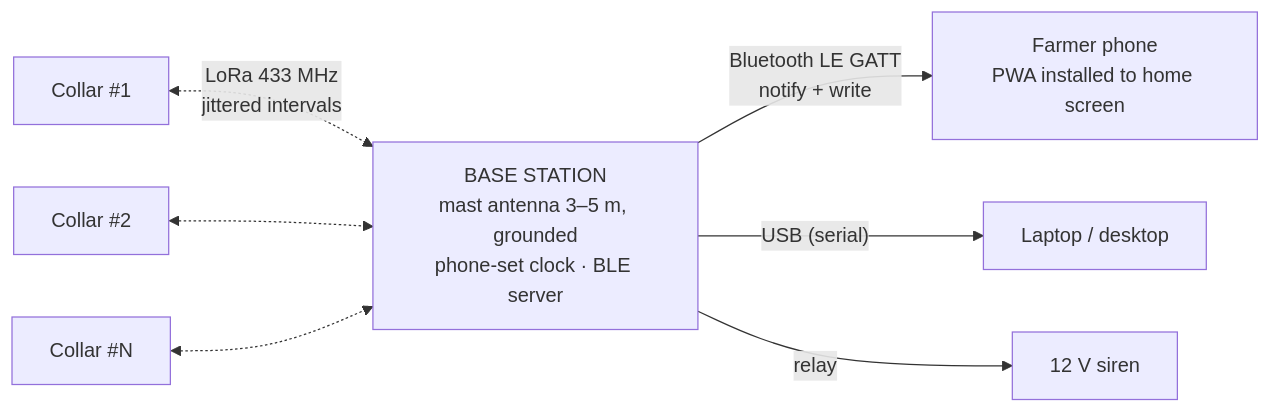
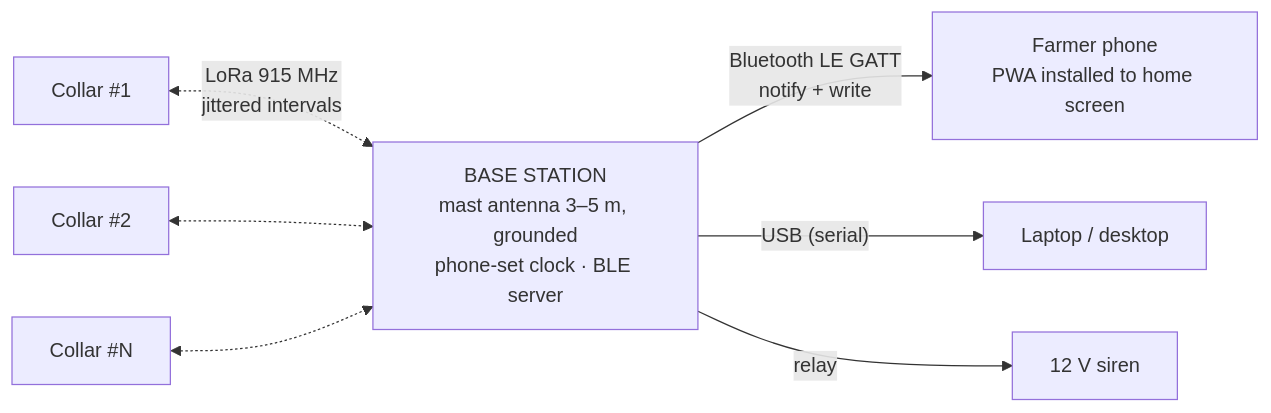
Before and after one commit to qppd/smart-collar: the second of 3 diagrams in docs/SYSTEM-ARCHITECTURE.md, drawn with Mermaid. The commit also changed other lines of this file and 15 other files, not shown here.

````diff
--- a/docs/SYSTEM-ARCHITECTURE.md
+++ b/docs/SYSTEM-ARCHITECTURE.md
@@ -60,9 +60,9 @@
 ```mermaid
 flowchart LR
-    C1["Collar #1"] <-. "LoRa 433 MHz<br/>jittered intervals" .-> BASE["BASE STATION<br/>mast antenna 3–5 m, grounded<br/>phone-set clock · BLE server"]
+    C1["Collar #1"] <-. "LoRa 915 MHz<br/>jittered intervals" .-> BASE["BASE STATION<br/>mast antenna 3–5 m, grounded<br/>phone-set clock · BLE server"]
     C2["Collar #2"] <-.-> BASE
     CN["Collar #N"] <-.-> BASE
     BASE -- "Bluetooth LE GATT<br/>notify + write" --> PHONE["Farmer phone<br/>PWA installed to home screen"]
     BASE -- "USB (serial)" --> LAPTOP["Laptop / desktop"]
     BASE -- "relay" --> SIREN["12 V siren"]
 ```
````
